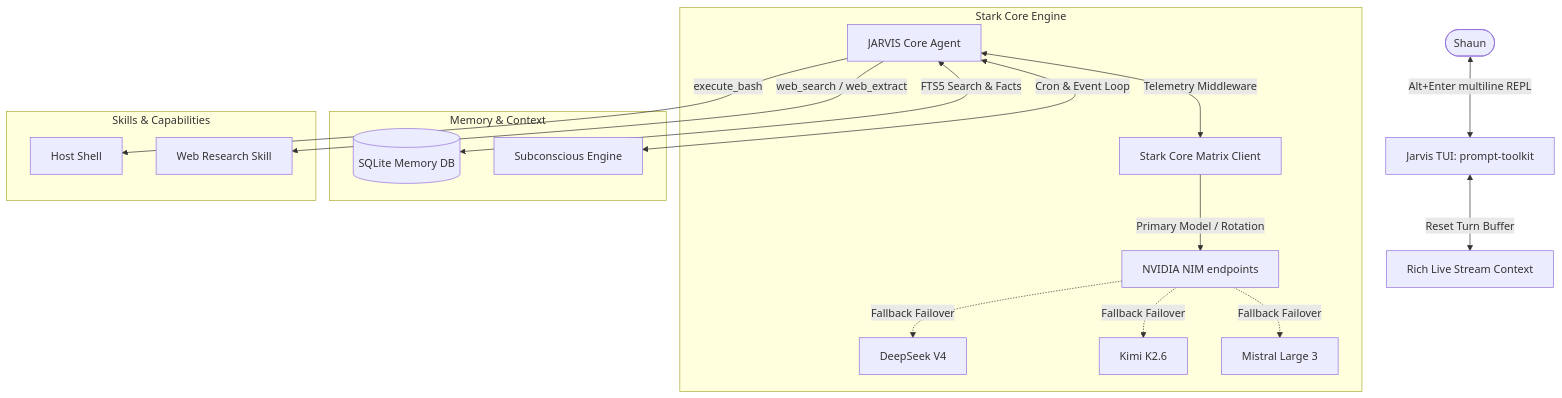
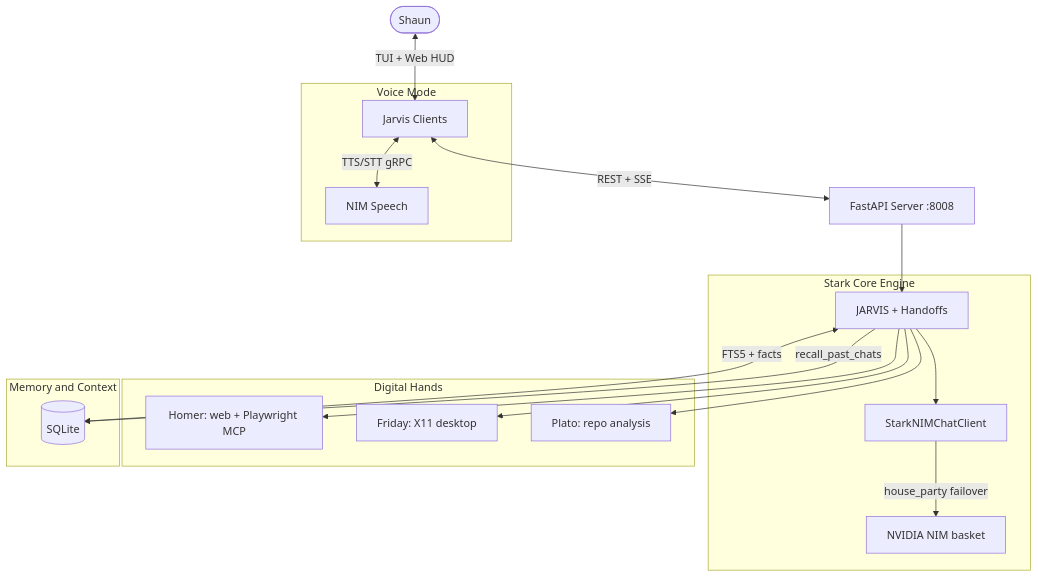
Before and after one commit to Jericho2010/Jarvis-Autonomous-Agent: the diagram in README.md, drawn with Mermaid. The commit also changed other lines of this file and 12 other files, not shown here.

````diff
--- a/README.md
+++ b/README.md
@@ -24,23 +40,27 @@
 ```mermaid
 graph TD
-    User([Shaun]) <-->|Alt+Enter multiline REPL| TUI[Jarvis TUI: prompt-toolkit]
-    TUI <-->|Reset Turn Buffer| LiveStream[Rich Live Stream Context]
-    
-    subgraph Stark Core Engine
-        Agent[JARVIS Core Agent] <-->|Telemetry Middleware| Matrix[Stark Core Matrix Client]
-        Matrix -->|Primary Model / Rotation| NIM[NVIDIA NIM endpoints]
-        NIM -.->|Fallback Failover| DeepSeek[DeepSeek V4]
-        NIM -.->|Fallback Failover| Kimi[Kimi K2.6]
-        NIM -.->|Fallback Failover| Mistral[Mistral Large 3]
+    User([Shaun]) <-->|TUI + Web HUD| Clients[Jarvis Clients]
+    Clients <-->|REST + SSE| FastAPI[FastAPI Server :8008]
+
+    subgraph StarkCoreEngine [Stark Core Engine]
+        Agent[JARVIS + Handoffs] --> Matrix[StarkNIMChatClient]
+        Matrix -->|house_party failover| NIM[NVIDIA NIM basket]
     end
 
-    subgraph Memory & Context
-        Agent <-->|FTS5 Search & Facts| SQLite[(SQLite Memory DB)]
-        Agent <-->|Cron & Event Loop| Subconscious[Subconscious Engine]
+    FastAPI --> Agent
+
+    subgraph Specialists [Digital Hands]
+        Agent --> Homer[Homer: web + Playwright MCP]
+        Agent --> Friday[Friday: X11 desktop]
+        Agent --> Plato[Plato: repo analysis]
     end
 
-    subgraph Skills & Capabilities
-        Agent -->|execute_bash| Bash[Host Shell]
-        Agent -->|web_search / web_extract| WebGrounding[Web Research Skill]
+    subgraph Memory [Memory and Context]
+        Agent <-->|FTS5 + facts| SQLite[(SQLite)]
+        Agent -->|recall_past_chats| SQLite
+    end
+
+    subgraph Voice [Voice Mode]
+        Clients <-->|TTS/STT gRPC| NIMSpeech[NIM Speech]
     end
 ```
````
